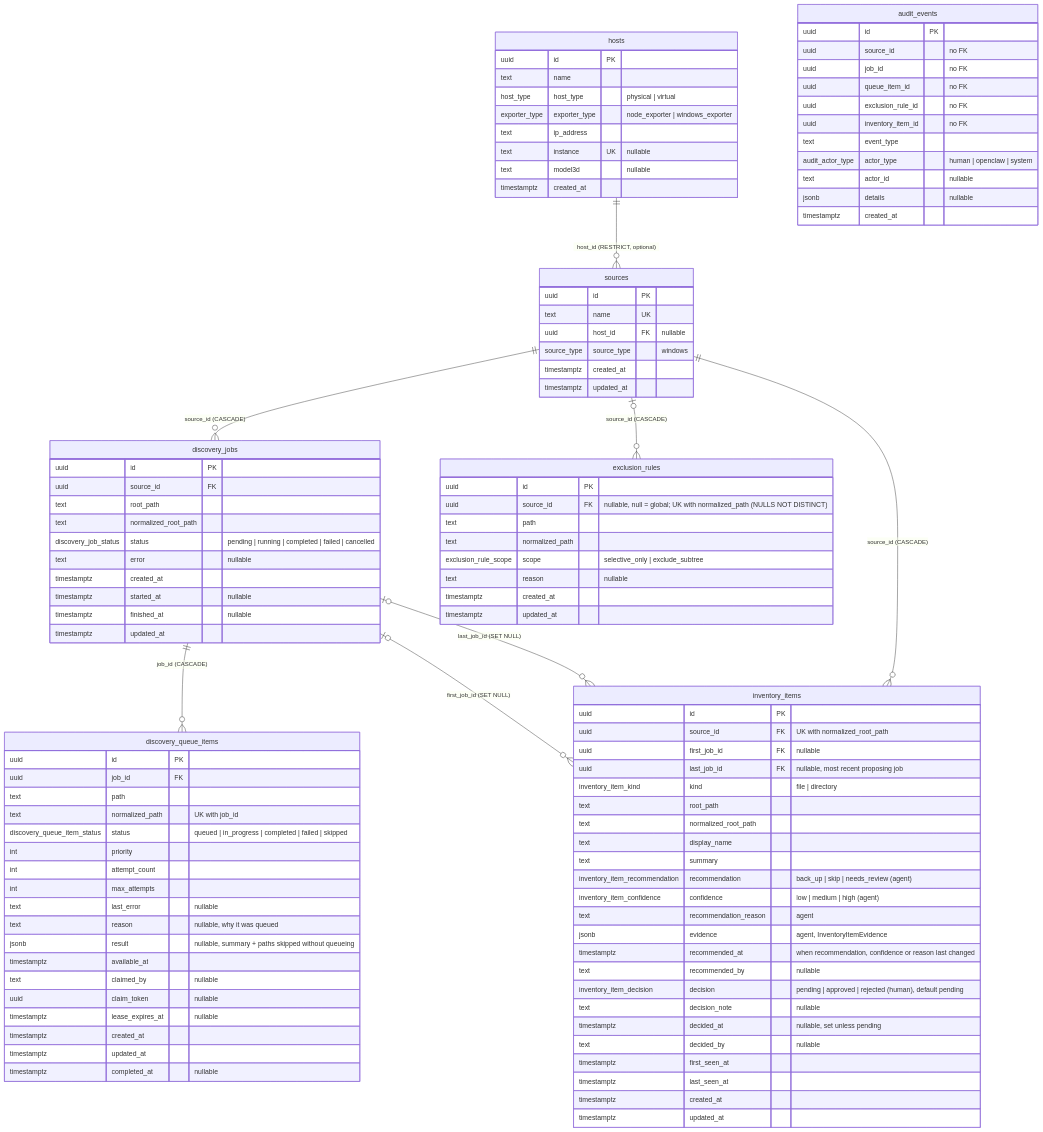
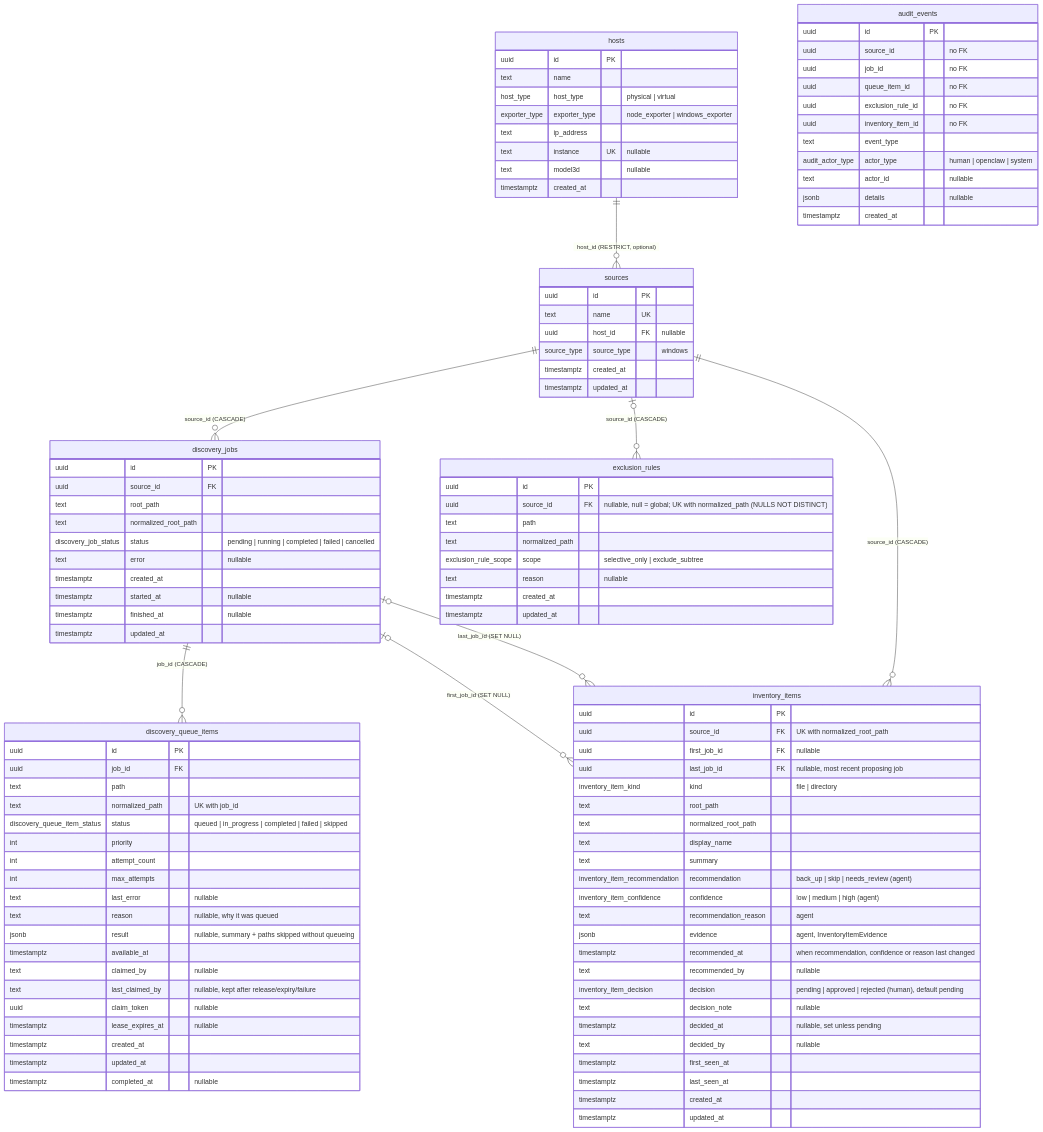
The diagram in packages/homelab-db/ERD.md (pbabbott/home-web-apps), drawn with Mermaid before and after one commit. The commit also changed 35 other files, not shown here.

```diff
--- a/packages/homelab-db/ERD.md
+++ b/packages/homelab-db/ERD.md
@@ -59,6 +59,7 @@
         jsonb result "nullable, summary + paths skipped without queueing"
         timestamptz available_at
         text claimed_by "nullable"
+        text last_claimed_by "nullable, kept after release/expiry/failure"
         uuid claim_token "nullable"
         timestamptz lease_expires_at "nullable"
         timestamptz created_at
```
